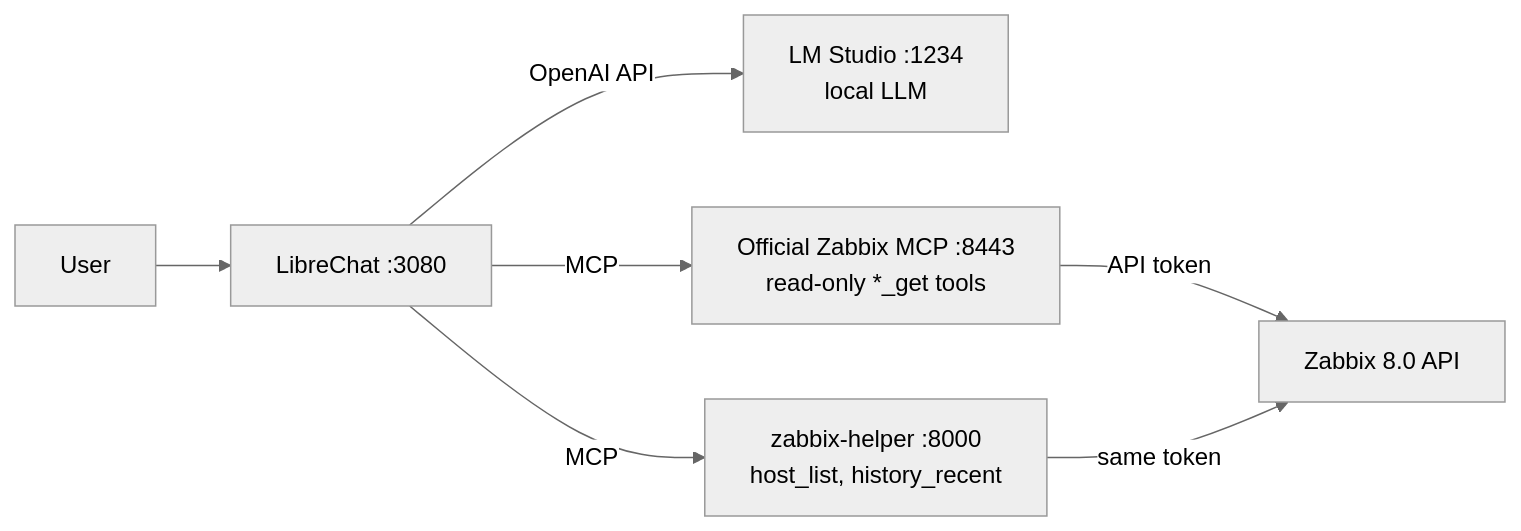
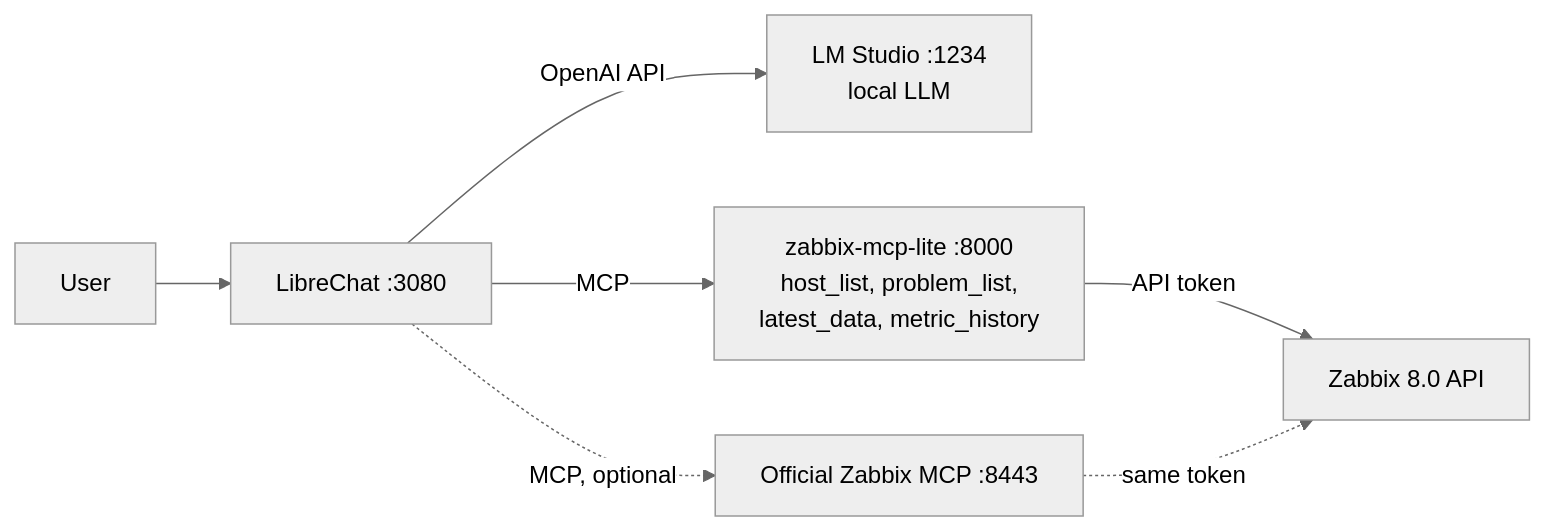
Before and after one commit to enderkus/zabbix-mcp-lite: the diagram in README.md, drawn with Mermaid (neutral theme). The commit also changed other lines of this file and 11 other files, not shown here.

First line of the commit message:
Replace zabbix-helper with zabbix-mcp-lite, a standalone Zabbix MCP server

````diff
--- a/README.md
+++ b/README.md
@@ -14,9 +15,9 @@
 ```mermaid
 flowchart LR
   U[User] --> LC[LibreChat :3080]
   LC -- OpenAI API --> LM[LM Studio :1234<br/>local LLM]
-  LC -- MCP --> ZM[Official Zabbix MCP :8443<br/>read-only *_get tools]
-  LC -- MCP --> ZH[zabbix-helper :8000<br/>host_list, history_recent]
-  ZM -- API token --> ZA[Zabbix 8.0 API]
-  ZH -- same token --> ZA
+  LC -- MCP --> ZL[zabbix-mcp-lite :8000<br/>host_list, problem_list,<br/>latest_data, metric_history]
+  ZL -- API token --> ZA[Zabbix 8.0 API]
+  LC -. MCP, optional .-> ZM[Official Zabbix MCP :8443]
+  ZM -. same token .-> ZA
 ```
````
